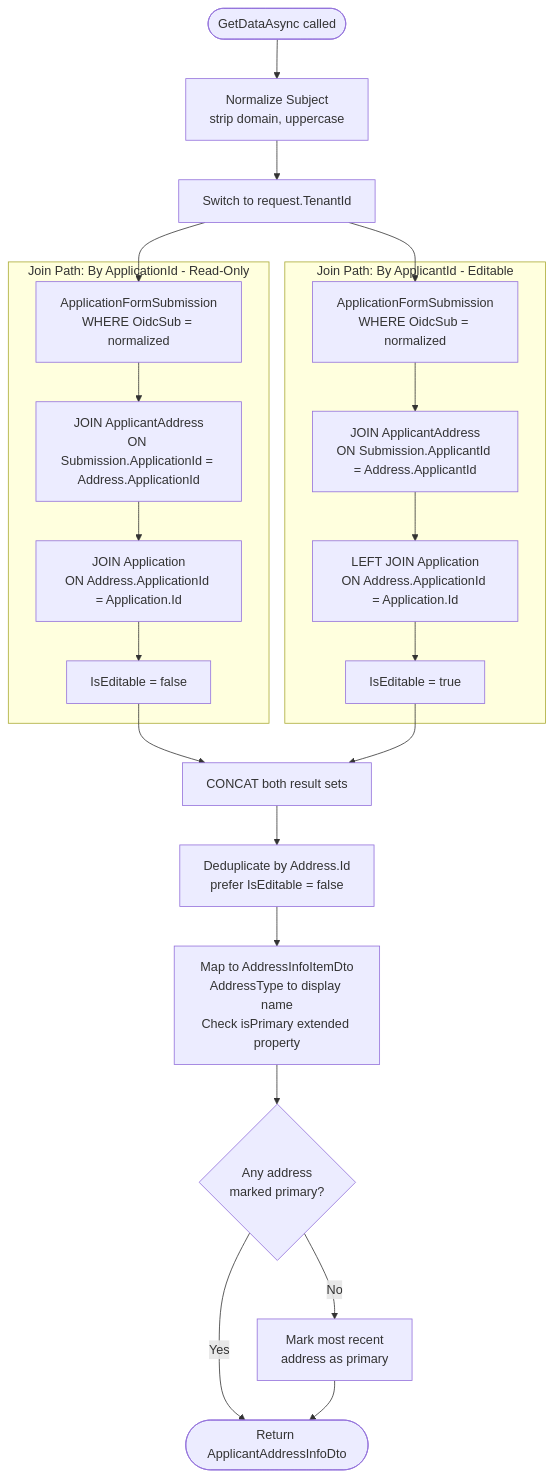
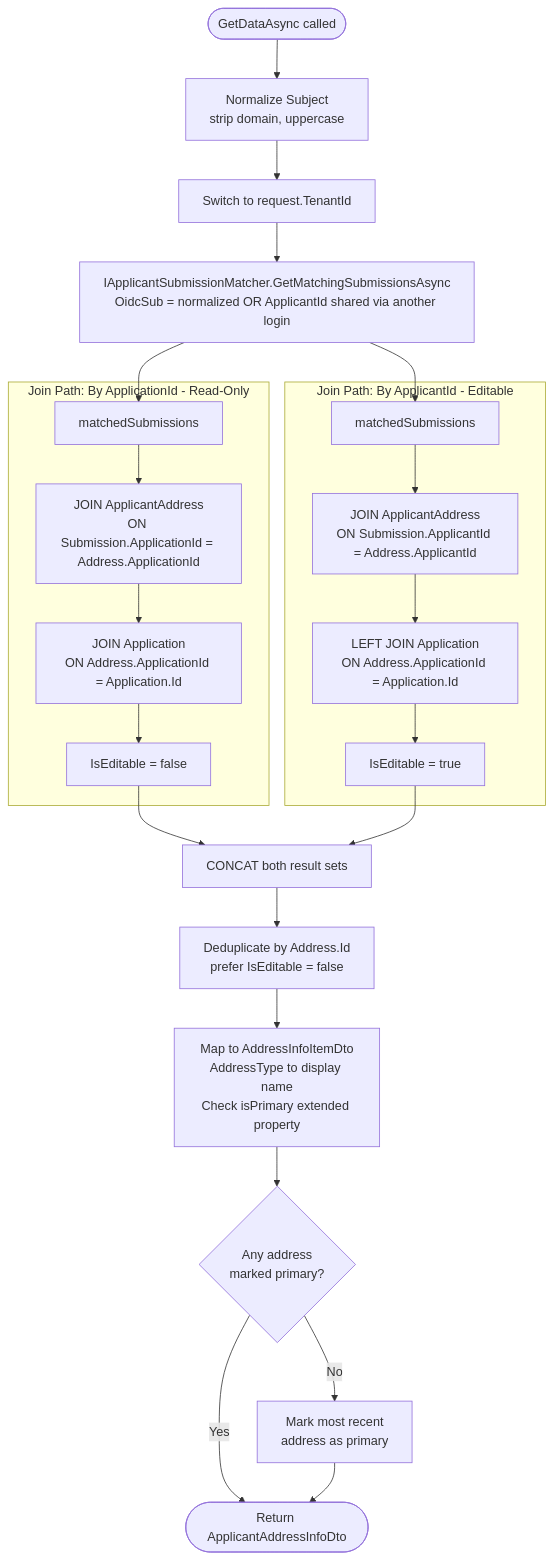
Before and after one commit to bcgov/Unity: the fourth of 9 diagrams in documentation/applicant-portal/applicant-profile-data-providers.md, drawn with Mermaid. The commit also changed other lines of this file and 20 other files, not shown here.

````diff
--- a/documentation/applicant-portal/applicant-profile-data-providers.md
+++ b/documentation/applicant-portal/applicant-profile-data-providers.md
@@ -237,36 +251,39 @@
 ```mermaid
 flowchart TD
     Start([GetDataAsync called])
     Norm["Normalize Subject<br/>strip domain, uppercase"]
     Tenant["Switch to request.TenantId"]
 
     Start --> Norm --> Tenant
 
+    Matcher["IApplicantSubmissionMatcher.GetMatchingSubmissionsAsync<br/>OidcSub = normalized OR ApplicantId shared via another login"]
+    Tenant --> Matcher
+
     subgraph ByAppId["Join Path: By ApplicationId - Read-Only"]
-        A1["ApplicationFormSubmission<br/>WHERE OidcSub = normalized"]
+        A1["matchedSubmissions"]
         A2["JOIN ApplicantAddress<br/>ON Submission.ApplicationId = Address.ApplicationId"]
         A3["JOIN Application<br/>ON Address.ApplicationId = Application.Id"]
         A4["IsEditable = false"]
         A1 --> A2 --> A3 --> A4
     end
 
     subgraph ByApplicantId["Join Path: By ApplicantId - Editable"]
-        B1["ApplicationFormSubmission<br/>WHERE OidcSub = normalized"]
+        B1["matchedSubmissions"]
         B2["JOIN ApplicantAddress<br/>ON Submission.ApplicantId = Address.ApplicantId"]
         B3["LEFT JOIN Application<br/>ON Address.ApplicationId = Application.Id"]
         B4["IsEditable = true"]
         B1 --> B2 --> B3 --> B4
     end
 
-    Tenant --> A1
-    Tenant --> B1
+    Matcher --> A1
+    Matcher --> B1
 
     A4 --> Concat["CONCAT both result sets"]
     B4 --> Concat
     Concat --> Dedup["Deduplicate by Address.Id<br/>prefer IsEditable = false"]
     Dedup --> Map["Map to AddressInfoItemDto<br/>AddressType to display name<br/>Check isPrimary extended property"]
     Map --> Primary{"Any address<br/>marked primary?"}
     Primary -->|Yes| Return([Return ApplicantAddressInfoDto])
     Primary -->|No| AutoPrimary["Mark most recent<br/>address as primary"]
     AutoPrimary --> Return
 ```
````
